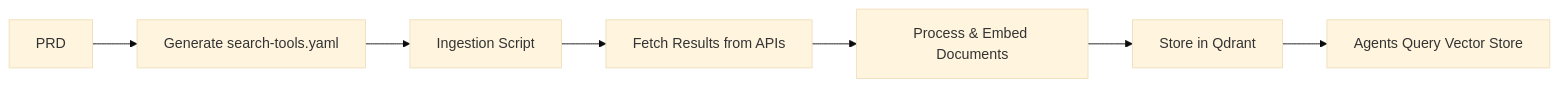
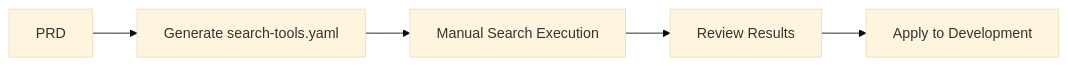
One commit to salehelsayed/SEMAD-METHOD changed the diagram in docs/search-tools-guide.md. Above: the diagram before and after it, drawn with Mermaid (base theme). The commit also changed other lines of this file and 131 other files, not shown here.

````diff
--- a/docs/search-tools-guide.md
+++ b/docs/search-tools-guide.md
@@ -157,9 +147,7 @@
 ```mermaid
 graph LR
     A[PRD] --> B[Generate search-tools.yaml]
-    B --> C[Ingestion Script]
-    C --> D[Fetch Results from APIs]
-    D --> E[Process & Embed Documents]
-    E --> F[Store in Qdrant]
-    F --> G[Agents Query Vector Store]
+    B --> C[Manual Search Execution]
+    C --> D[Review Results]
+    D --> E[Apply to Development]
 ```
````
